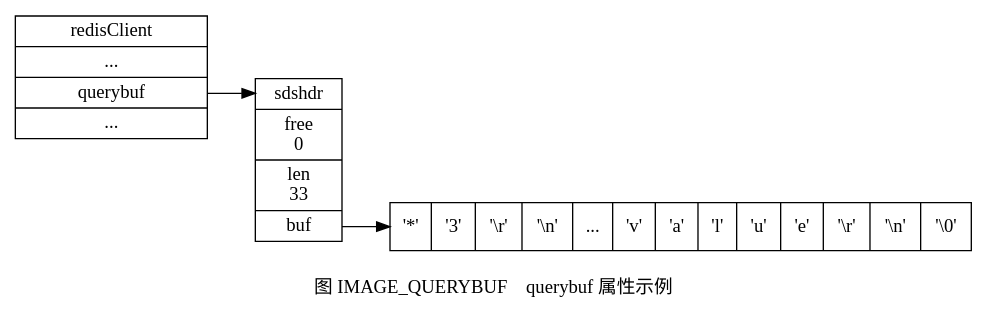
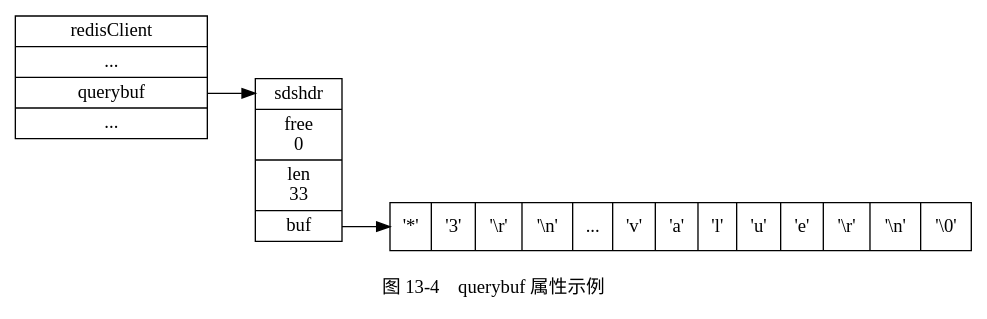
One commit to huangzworks/redisbook1e changed the second of 9 diagrams in preview/client/redis_client_property.rst. Above: the diagram before and after it, drawn with Graphviz. The commit also changed other lines of this file and 4 other files, not shown here.

Commit message:
修正图 13-5 、14-3 和 14-6 ，感谢 凯旋冲锋 的提醒。

```diff
--- a/preview/client/redis_client_property.rst
+++ b/preview/client/redis_client_property.rst
@@ -334,25 +334,25 @@
 .. graphviz::
 
     digraph {
 
-        label = "\n 图 IMAGE_QUERYBUF    querybuf 属性示例";
+        label = "\n 图 13-4    querybuf 属性示例";
 
         rankdir = LR;
 
         //
 
         node [shape = record];
 
         client [label = " redisClient | ... | <querybuf> querybuf | ... ", width = 2];
 
         sdshdr [label = " <head> sdshdr | free \n 0 | len \n 33 | <buf> buf "];
 
         buf [label = " { '*' | '3' | '\\r' | '\\n' | ... | 'v' | 'a' | 'l' | 'u' | 'e' | '\\r' | '\\n' | '\\0' } "];
 
         //
 
         client:querybuf -> sdshdr:head;
 
         sdshdr:buf -> buf;
     
     }
```
